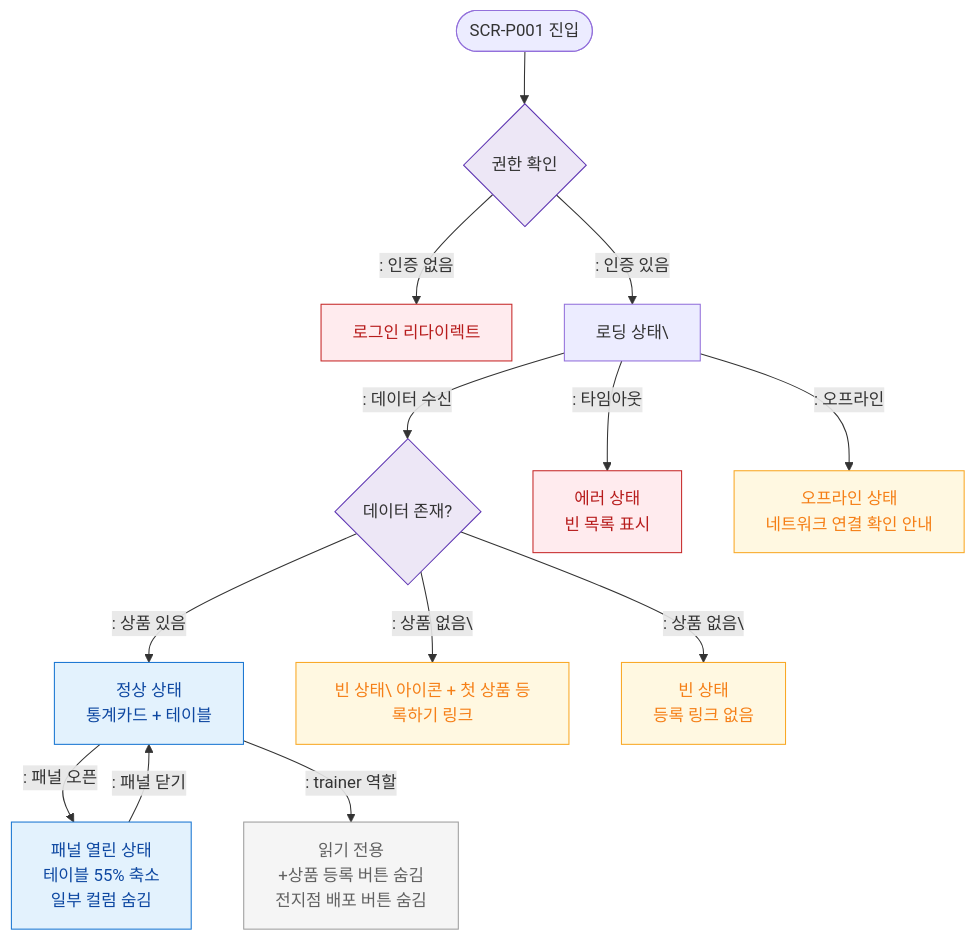
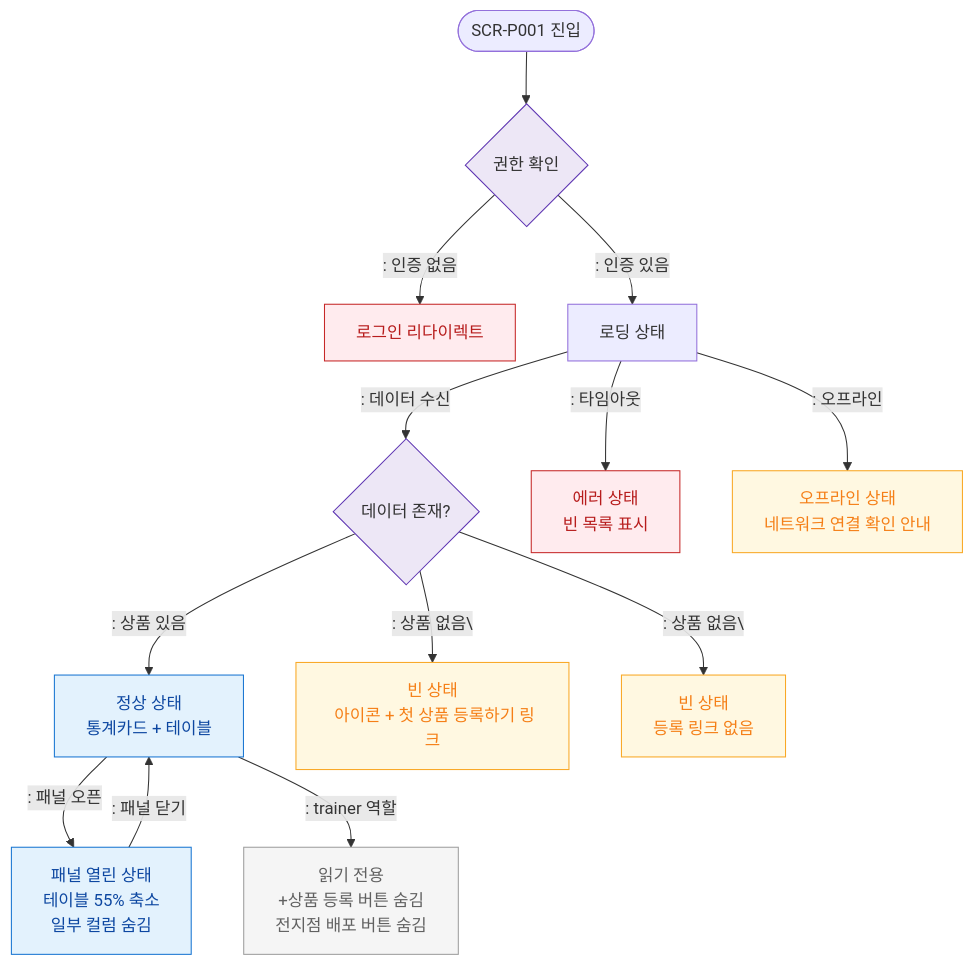
The diagram in docs/admin/다이어그램/D05_상품관리/SCR-P001_상품관리/F6_상태별화면.md (dev-spogym/admin-pando), drawn with Mermaid before and after one commit. The commit also changed 369 other files, not shown here.

````diff
--- a/docs/admin/다이어그램/D05_상품관리/SCR-P001_상품관리/F6_상태별화면.md
+++ b/docs/admin/다이어그램/D05_상품관리/SCR-P001_상품관리/F6_상태별화면.md
@@ -17,31 +17,31 @@
 ```mermaid
 flowchart TD
     ENTER([SCR-P001 진입]) --> AuthCheck{권한 확인}
 
     AuthCheck -->|": 인증 없음"|StateLogin[로그인 리다이렉트]
-    AuthCheck -->|": 인증 있음"|StateLoading[로딩 상태\]
+    AuthCheck -->|": 인증 있음"|StateLoading[로딩 상태]
 
     StateLoading -->|": 데이터 수신"|CheckData{데이터 존재?}
     StateLoading -->|": 타임아웃"|StateError[에러 상태\n빈 목록 표시]
     StateLoading -->|": 오프라인"|StateOffline[오프라인 상태\n네트워크 연결 확인 안내]
 
     CheckData -->|": 상품 있음"|StateNormal[정상 상태\n통계카드 + 테이블]
-    CheckData -->|": 상품 없음\"|StateEmptyEdit[빈 상태\ 아이콘 + 첫 상품 등록하기 링크]
+    CheckData -->|": 상품 없음\"|StateEmptyEdit[빈 상태<br/> 아이콘 + 첫 상품 등록하기 링크]
     CheckData -->|": 상품 없음\"|StateEmptyRead[빈 상태\n등록 링크 없음]
 
     StateNormal -->|": 패널 오픈"|StatePanelOpen[패널 열린 상태\n테이블 55% 축소\n일부 컬럼 숨김]
     StatePanelOpen -->|": 패널 닫기"|StateNormal
 
     StateNormal -->|": trainer 역할"|StateReadOnly[읽기 전용\n+상품 등록 버튼 숨김\n전지점 배포 버튼 숨김]
 
     classDef screen fill:#E3F2FD,stroke:#1976D2,color:#0D47A1
     classDef error fill:#FFEBEE,stroke:#C62828,color:#B71C1C
     classDef warning fill:#FFF8E1,stroke:#F9A825,color:#F57F17
     classDef rbacBlocked fill:#F5F5F5,stroke:#9E9E9E,color:#616161
     classDef system fill:#EDE7F6,stroke:#5E35B2
     class StateNormal,StatePanelOpen screen
     class StateError,StateLogin error
     class StateEmptyEdit,StateEmptyRead,StateOffline warning
     class StateReadOnly rbacBlocked
     class AuthCheck,CheckData system
 ```
````
